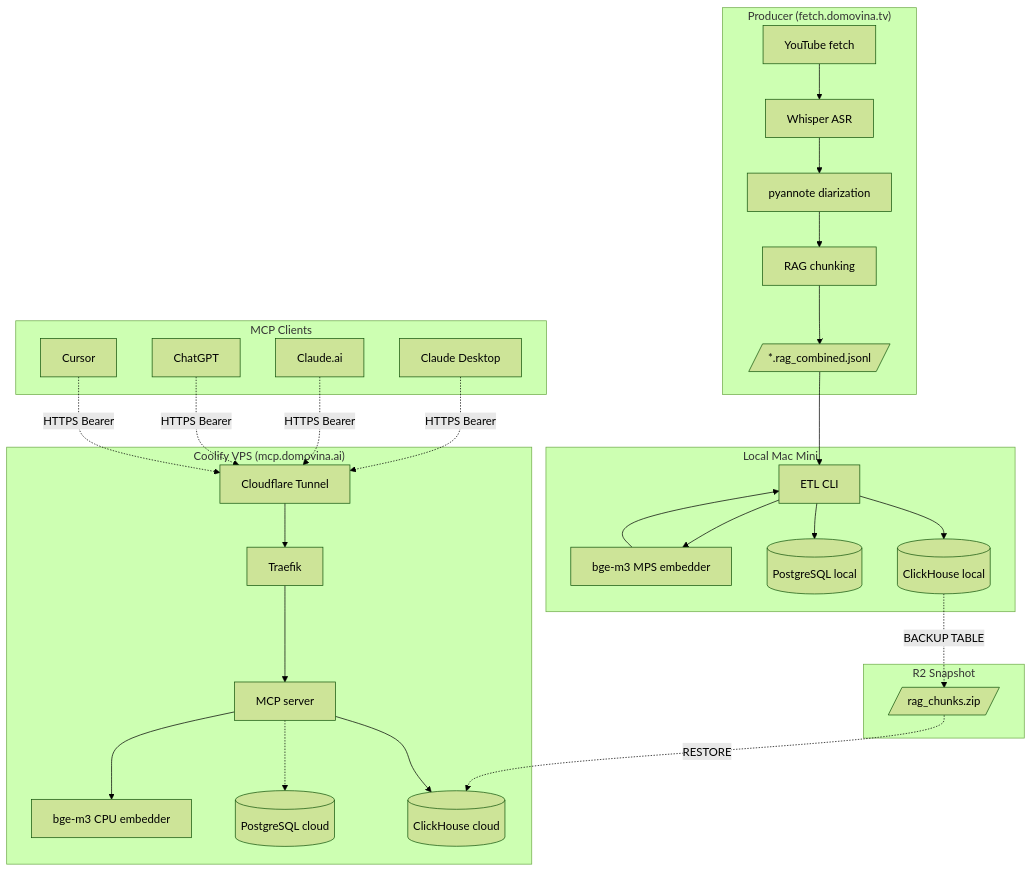
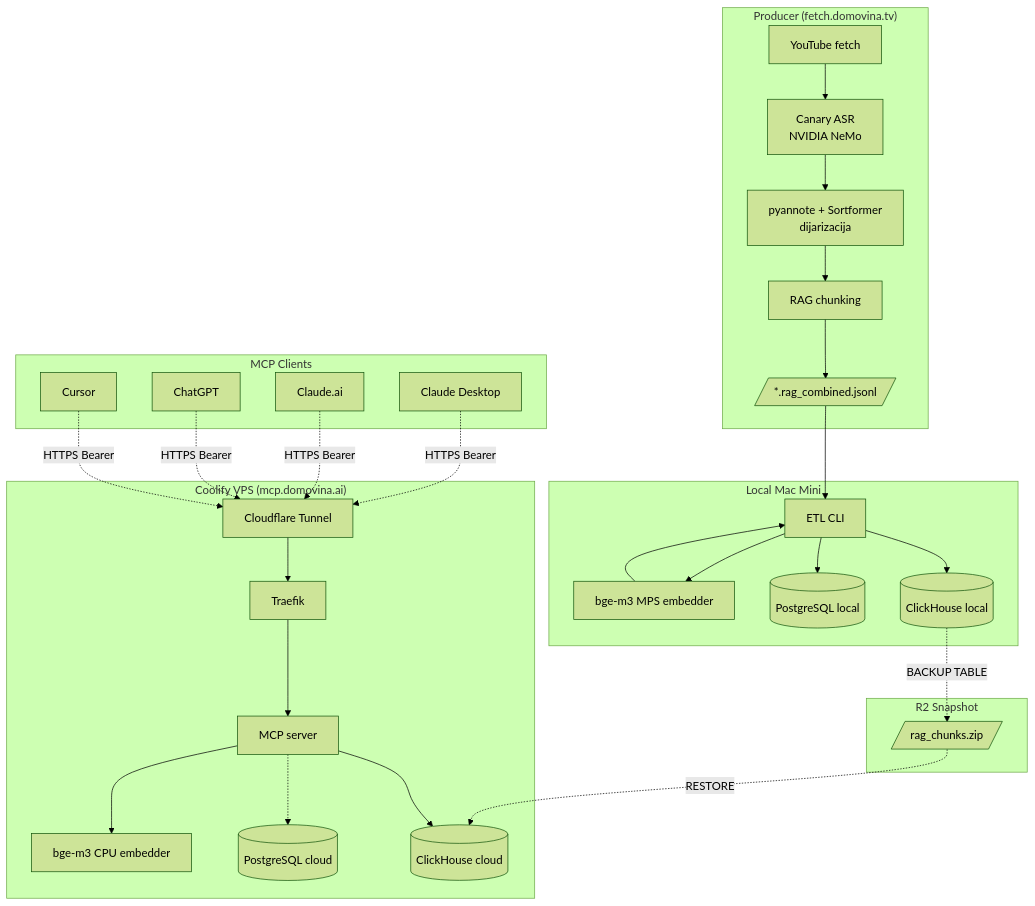
One commit to domovinatv/domovina-rag changed the diagram in docs/README.md. Above: the diagram before and after it, drawn with Mermaid (forest theme). The commit also changed 2 other files, not shown here.

Commit message:
docs(fix): producer ASR je Canary (NVIDIA NeMo), ne Whisper
Halucinacije pronađene cross-checkom protiv fetch.domovina.tv producer repo-a:
- "Whisper transkripcija" → "Canary ASR (NVIDIA NeMo)" (mermaid u README + docs/README)
- "USearch HNSW indeks" → "vector_similarity HNSW (CH 24.10+)" (CLAUDE.md, README mermaid)
- Diarization diagram update: pyannote + Sortformer ensemble (matches actual producer pipeline)
- README dataflow note: "92K chunkova" reformuliran kao target (1843 ep), ne current state

Whisper je legacy iz prethodne faze producer-a; current path je transcribe_nvidia_canary.mjs
+ colab_canary/. Diarization je pyannote.audio (diarize.py) s opcionalnim Sortformer
ensemble-om (colab_sortformer/).

````diff
--- a/docs/README.md
+++ b/docs/README.md
@@ -41,53 +41,53 @@
 ```mermaid
 graph TB
     subgraph "Producer (fetch.domovina.tv)"
-        P[YouTube fetch] --> ASR[Whisper ASR]
-        ASR --> DIAR[pyannote diarization]
+        P[YouTube fetch] --> ASR[Canary ASR<br/>NVIDIA NeMo]
+        ASR --> DIAR[pyannote + Sortformer<br/>dijarizacija]
         DIAR --> CHUNK[RAG chunking]
         CHUNK --> JSONL[/"*.rag_combined.jsonl"/]
     end
 
     subgraph "Local Mac Mini"
         ETL[ETL CLI]
         MPS[bge-m3 MPS embedder]
         PG_L[(PostgreSQL local)]
         CH_L[(ClickHouse local)]
         JSONL --> ETL
         ETL --> MPS
         MPS --> ETL
         ETL --> PG_L
         ETL --> CH_L
     end
 
     subgraph "R2 Snapshot"
         R2[/"rag_chunks.zip"/]
         CH_L -.->|BACKUP TABLE| R2
     end
 
     subgraph "Coolify VPS (mcp.domovina.ai)"
         CF[Cloudflare Tunnel]
         T[Traefik]
         MCP[MCP server]
         EMB_C[bge-m3 CPU embedder]
         PG_C[(PostgreSQL cloud)]
         CH_C[(ClickHouse cloud)]
         R2 -.->|RESTORE| CH_C
         CF --> T
         T --> MCP
         MCP --> EMB_C
         MCP --> CH_C
         MCP -.-> PG_C
     end
 
     subgraph "MCP Clients"
         C1[Claude Desktop]
         C2[Claude.ai]
         C3[ChatGPT]
         C4[Cursor]
     end
 
     C1 -.->|HTTPS Bearer| CF
     C2 -.->|HTTPS Bearer| CF
     C3 -.->|HTTPS Bearer| CF
     C4 -.->|HTTPS Bearer| CF
 ```
````
